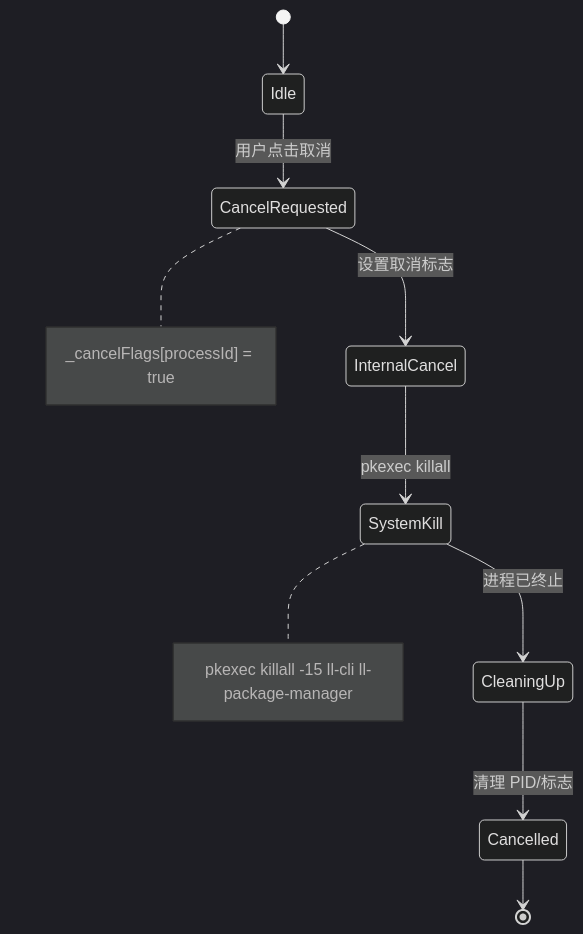
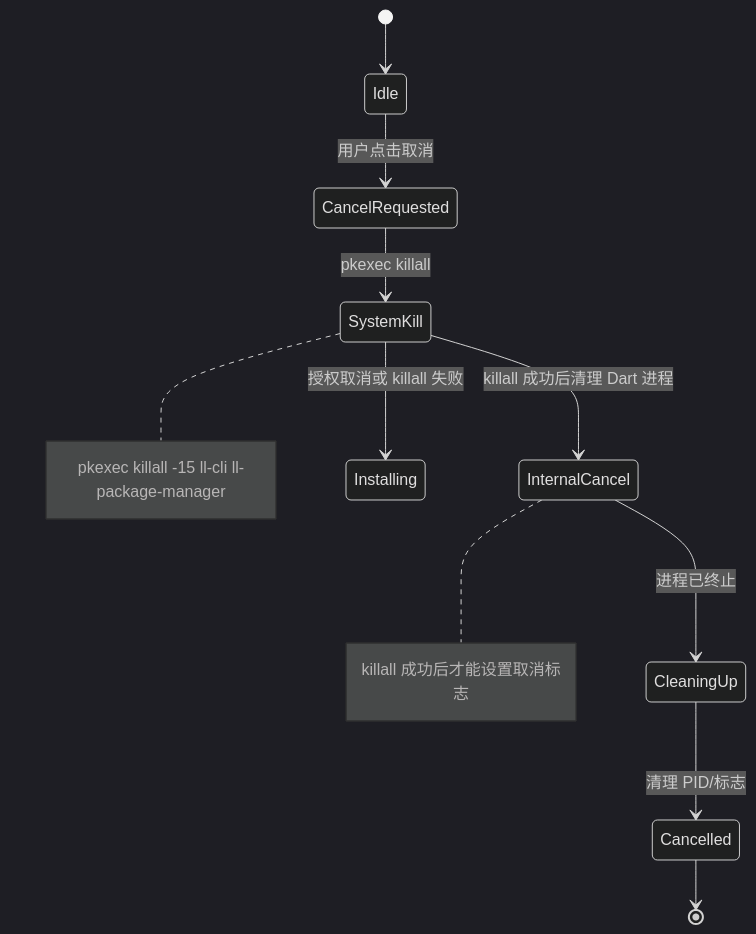
Before and after one commit to HanHan666666/flutter-linglong-store: the seventh of 16 diagrams in docs/07-runtime-sequence-and-state-diagrams.md, drawn with Mermaid (dark theme). The commit also changed other lines of this file and 6 other files, not shown here.

````diff
--- a/docs/07-runtime-sequence-and-state-diagrams.md
+++ b/docs/07-runtime-sequence-and-state-diagrams.md
@@ -284,13 +288,14 @@
 ```mermaid
 stateDiagram-v2
     [*] --> Idle
     Idle --> CancelRequested: 用户点击取消
-    CancelRequested --> InternalCancel: 设置取消标志
-    InternalCancel --> SystemKill: pkexec killall
-    SystemKill --> CleaningUp: 进程已终止
+    CancelRequested --> SystemKill: pkexec killall
+    SystemKill --> InternalCancel: killall 成功后清理 Dart 进程
+    SystemKill --> Installing: 授权取消或 killall 失败
+    InternalCancel --> CleaningUp: 进程已终止
     CleaningUp --> Cancelled: 清理 PID/标志
     Cancelled --> [*]
 
-    note right of CancelRequested: _cancelFlags[processId] = true
     note right of SystemKill: pkexec killall -15 ll-cli ll-package-manager
+    note right of InternalCancel: killall 成功后才能设置取消标志
 ```
````
